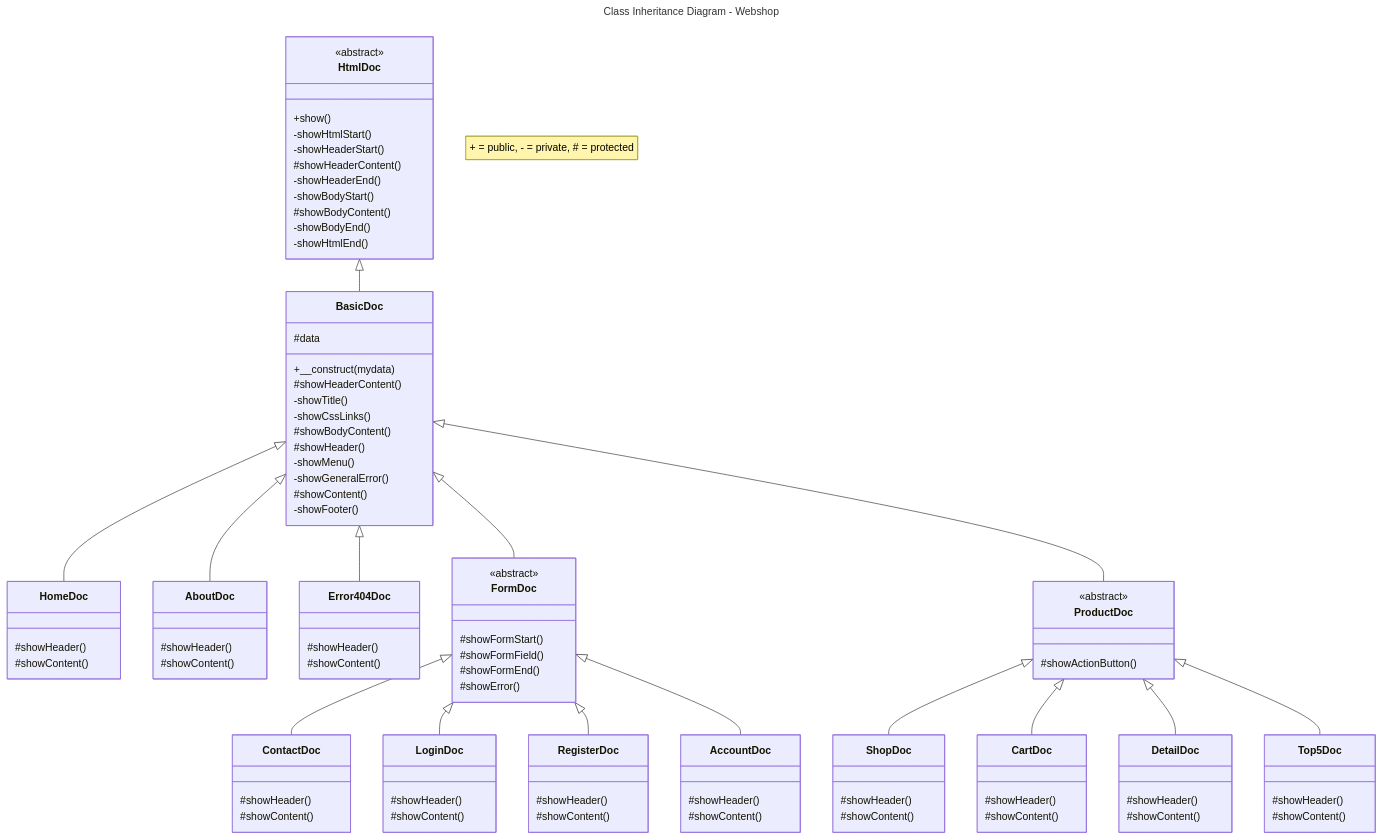
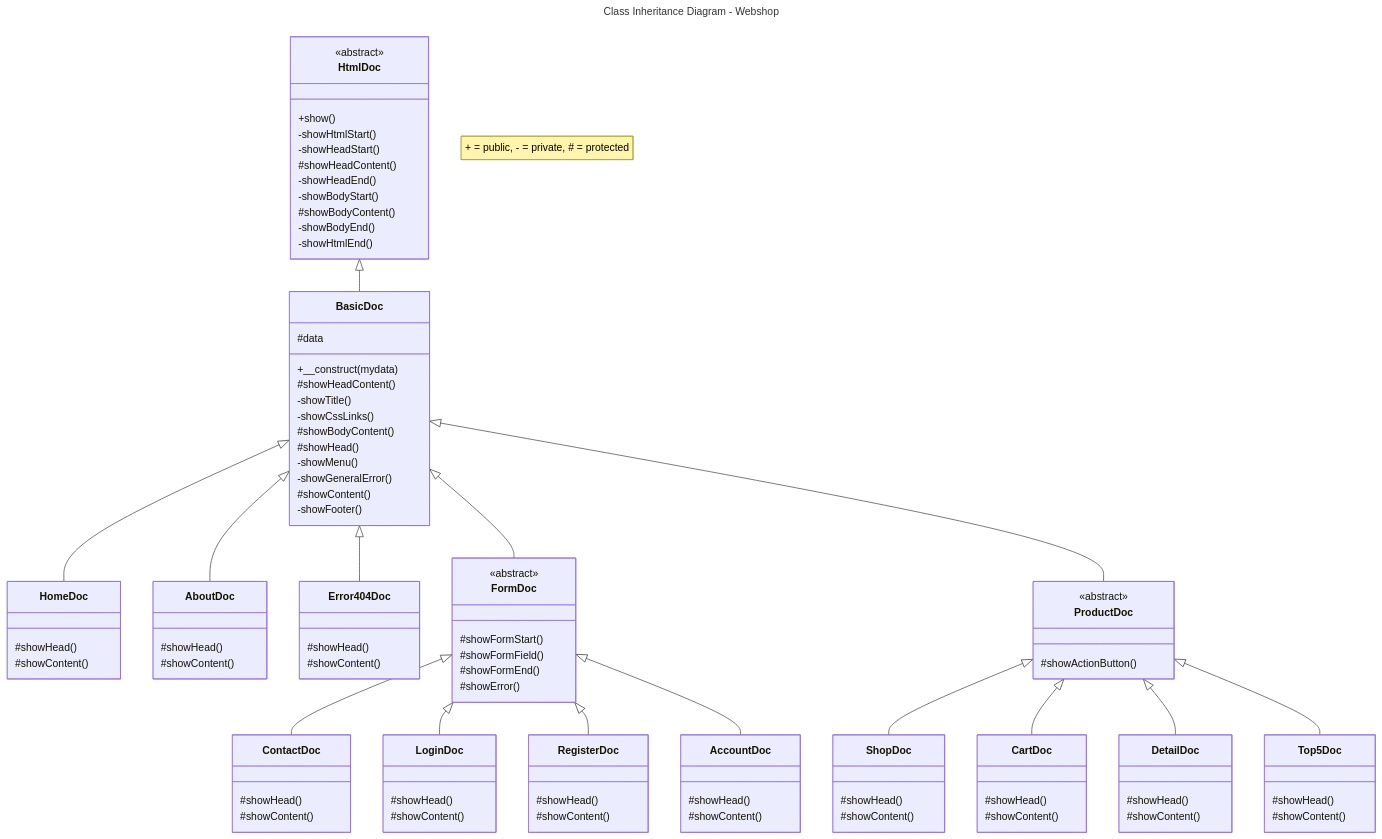
Before and after one commit to JeroenHeemskerk/educom-webshop-oop-1713521403: the diagram in Diagrams/class-inheritance-diagram-webshop.md, drawn with Mermaid.

Commit message:
01A: opdr 4.1, issue 2; Header naar Head veranderd

```diff
--- a/Diagrams/class-inheritance-diagram-webshop.md
+++ b/Diagrams/class-inheritance-diagram-webshop.md
@@ -28,9 +28,9 @@
         <<abstract>>
        +show()
        -showHtmlStart()
-       -showHeaderStart()
-       #showHeaderContent()
-       -showHeaderEnd()
+       -showHeadStart()
+       #showHeadContent()
+       -showHeadEnd()
        -showBodyStart()
        #showBodyContent()
        -showBodyEnd()
@@ -39,26 +39,26 @@
     class BasicDoc{
         #data 
         +__construct(mydata)
-        #showHeaderContent()
+        #showHeadContent()
         -showTitle()
         -showCssLinks()
         #showBodyContent()
-        #showHeader()
+        #showHead()
         -showMenu()
         -showGeneralError()
         #showContent()
         -showFooter()
     }
     class HomeDoc{
-        #showHeader()
+        #showHead()
         #showContent()
     }
     class AboutDoc{
-        #showHeader()
+        #showHead()
         #showContent()
     }
     class Error404Doc{
-        #showHeader()
+        #showHead()
         #showContent()
     }
     class FormDoc{
@@ -69,19 +69,19 @@
         #showError()
     }
     class ContactDoc{
-        #showHeader()
+        #showHead()
         #showContent()
     }
     class LoginDoc{
-        #showHeader()
+        #showHead()
         #showContent()
     }
     class RegisterDoc{
-        #showHeader()
+        #showHead()
         #showContent()
     }
     class AccountDoc {
-        #showHeader()
+        #showHead()
         #showContent()
     }
     class ProductDoc{
@@ -89,19 +89,19 @@
         #showActionButton() 
     }
     class ShopDoc{
-        #showHeader()
+        #showHead()
         #showContent()
     }
     class DetailDoc{
-        #showHeader()
+        #showHead()
         #showContent()
     }
     class CartDoc{
-        #showHeader()
+        #showHead()
         #showContent()
     }
     class Top5Doc{
-        #showHeader()
+        #showHead()
         #showContent()
     }
 
```
